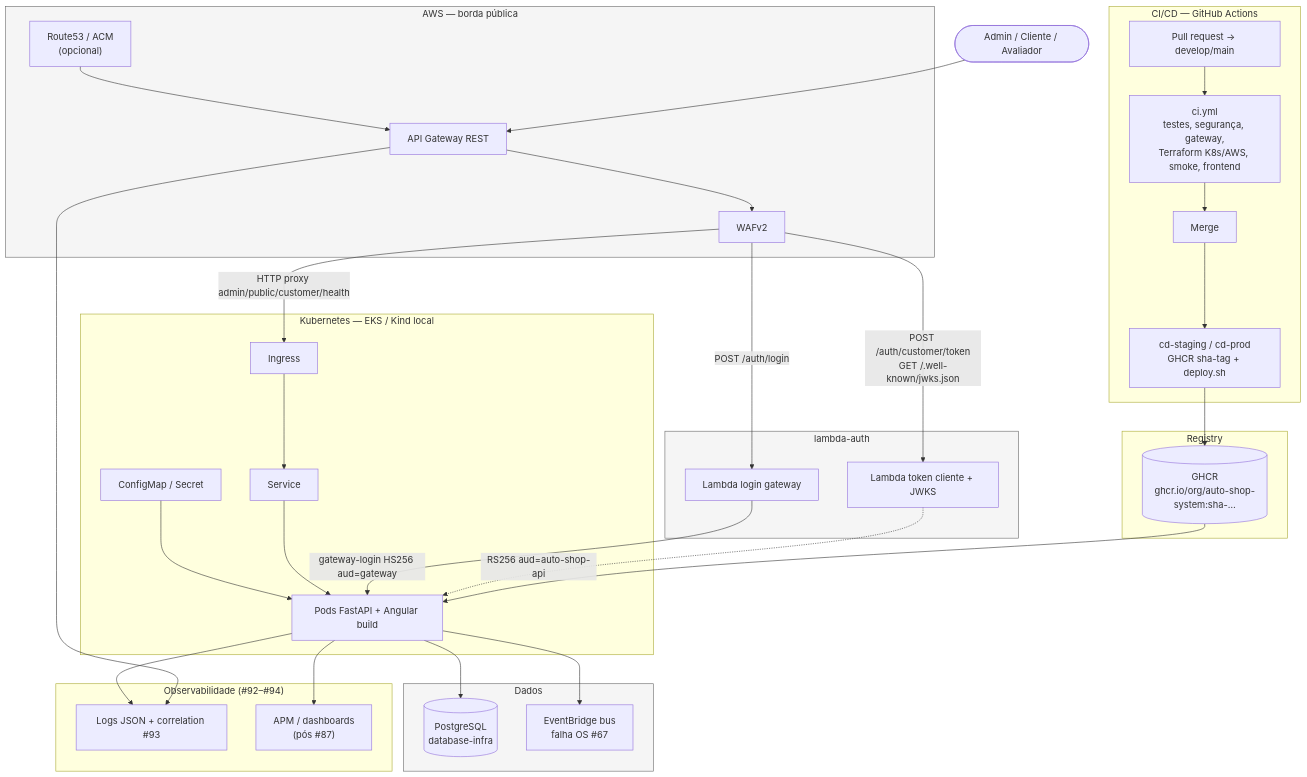
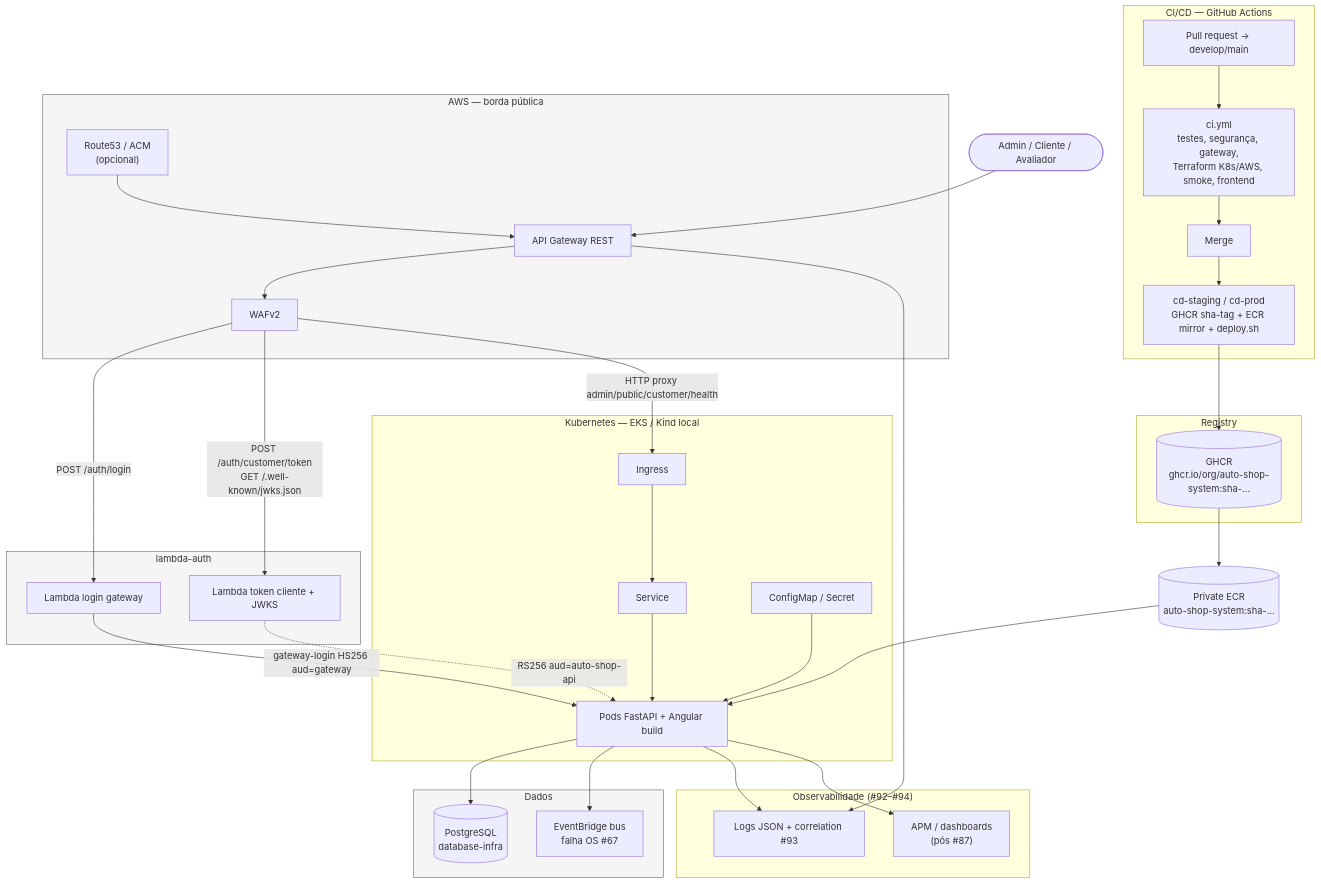
The diagram in docs/architecture/fase-operacional.mmd (Software-Architecture-Group-7-FIAP/auto-shop-system), drawn with Mermaid before and after one commit. The commit also changed 7 other files, not shown here.

Commit message:
fix: mirror private release images into ecr

```diff
--- a/docs/architecture/fase-operacional.mmd
+++ b/docs/architecture/fase-operacional.mmd
@@ -1,64 +1,66 @@
 flowchart TB
     subgraph devops ["CI/CD — GitHub Actions"]
         PR["Pull request → develop/main"]
         CI["ci.yml<br/>testes, segurança, gateway,<br/>Terraform K8s/AWS, smoke, frontend"]
         Merge["Merge"]
-        CD["cd-staging / cd-prod<br/>GHCR sha-tag + deploy.sh"]
+        CD["cd-staging / cd-prod<br/>GHCR sha-tag + ECR mirror + deploy.sh"]
         PR --> CI --> Merge --> CD
     end
 
     subgraph registry ["Registry"]
         GHCR[("GHCR<br/>ghcr.io/org/auto-shop-system:sha-…")]
     end
 
     CD --> GHCR
 
     subgraph aws ["AWS — borda pública"]
         R53["Route53 / ACM<br/>(opcional)"]
         APIGW["API Gateway REST"]
         WAF["WAFv2"]
         R53 --> APIGW --> WAF
     end
 
     subgraph lambda ["lambda-auth"]
         LLogin["Lambda login gateway"]
         LCustomer["Lambda token cliente + JWKS"]
     end
 
     subgraph k8s ["Kubernetes — EKS / Kind local"]
         ING["Ingress"]
         SVC["Service"]
         POD["Pods FastAPI + Angular build"]
         CM["ConfigMap / Secret"]
         CM --> POD
         ING --> SVC --> POD
     end
 
     subgraph data ["Dados"]
         PG[("PostgreSQL<br/>database-infra")]
         EB["EventBridge bus<br/>falha OS #67"]
     end
 
     subgraph obs ["Observabilidade (#92–#94)"]
         LOGS["Logs JSON + correlation #93"]
         APM["APM / dashboards<br/>(pós #87)"]
     end
 
     User(["Admin / Cliente / Avaliador"]) --> APIGW
 
     WAF -->|"POST /auth/login"| LLogin
     WAF -->|"POST /auth/customer/token<br/>GET /.well-known/jwks.json"| LCustomer
     WAF -->|"HTTP proxy admin/public/customer/health"| ING
 
     LLogin -->|"gateway-login HS256 aud=gateway"| POD
     LCustomer -.->|"RS256 aud=auto-shop-api"| POD
 
-    GHCR --> POD
+    GHCR --> ECR
+    ECR[("Private ECR<br/>auto-shop-system:sha-…")]
+    ECR --> POD
     POD --> PG
     POD --> EB
     POD --> LOGS
     POD --> APM
     APIGW --> LOGS
 
     classDef external fill:#f5f5f5,stroke:#666
     class lambda,aws,data external
```
